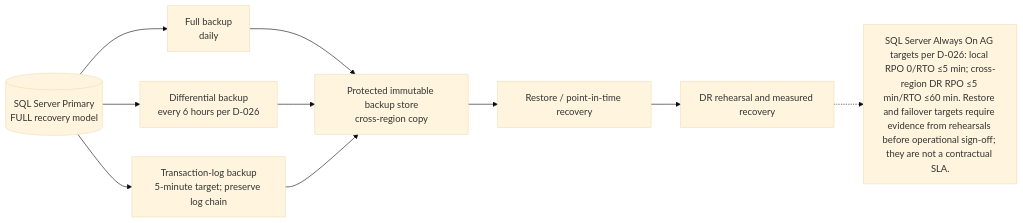
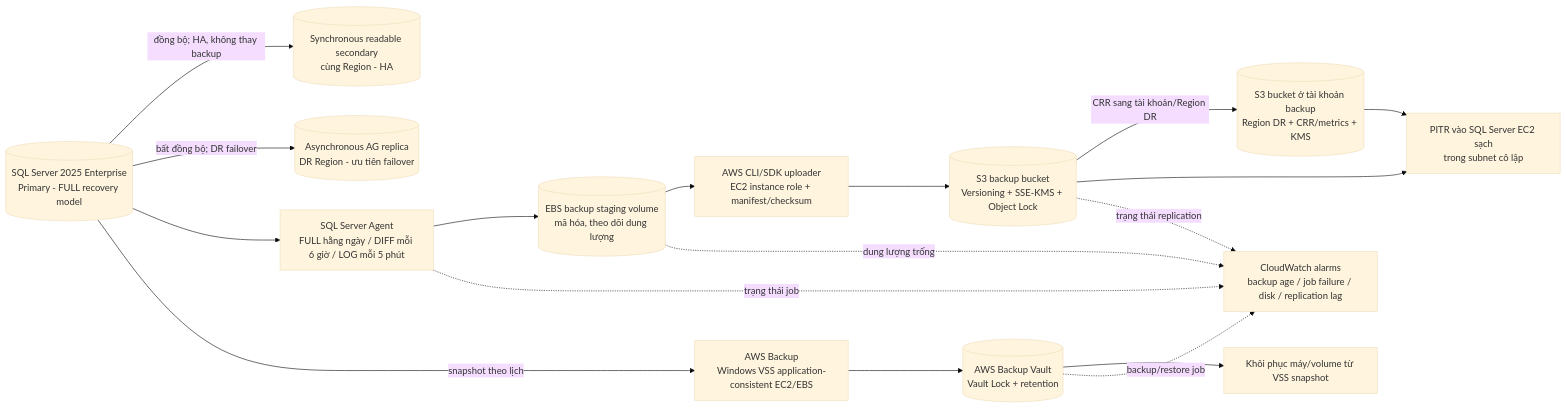
The second of 2 diagrams in business-analysis/05_Non_Functional_Requirements_(NFR)/07_Monitoring_Backup_And_Disaster_Recovery.md (toanteng11/concert-ticketing-docs), drawn with Mermaid (base theme) before and after one commit. The commit also changed other lines of this file and 43 other files, not shown here.

````diff
--- a/business-analysis/05_Non_Functional_Requirements_(NFR)/07_Monitoring_Backup_And_Disaster_Recovery.md
+++ b/business-analysis/05_Non_Functional_Requirements_(NFR)/07_Monitoring_Backup_And_Disaster_Recovery.md
@@ -80,16 +90,27 @@
 ```mermaid
 flowchart LR
-  sql[("SQL Server Primary<br/>FULL recovery model")]
-  full["Full backup<br/>daily"]
-  diff["Differential backup<br/>every 6 hours per D-026"]
-  logs["Transaction-log backup<br/>5-minute target; preserve log chain"]
-  vault["Protected immutable backup store<br/>cross-region copy"]
-  restore["Restore / point-in-time recovery"]
-  drill["DR rehearsal and measured recovery"]
-  sql --> full --> vault
-  sql --> diff --> vault
-  sql --> logs --> vault
-  vault --> restore --> drill
-  note["SQL Server Always On AG targets per D-026: local RPO 0/RTO ≤5 min; cross-region DR RPO ≤5 min/RTO ≤60 min. Restore and failover targets require evidence from rehearsals before operational sign-off; they are not a contractual SLA."]
-  drill -.-> note
+  primary[("SQL Server 2025 Enterprise<br/>Primary - FULL recovery model")]
+  aglocal[("Synchronous readable secondary<br/>cùng Region - HA")]
+  agdr[("Asynchronous AG replica<br/>DR Region - ưu tiên failover")]
+  agent["SQL Server Agent<br/>FULL hằng ngày / DIFF mỗi 6 giờ / LOG mỗi 5 phút"]
+  stage[("EBS backup staging volume<br/>mã hóa, theo dõi dung lượng")]
+  uploader["AWS CLI/SDK uploader<br/>EC2 instance role + manifest/checksum"]
+  s3src[("S3 backup bucket<br/>Versioning + SSE-KMS + Object Lock")]
+  s3dr[("S3 bucket ở tài khoản backup<br/>Region DR + CRR/metrics + KMS")]
+  awsbackup["AWS Backup<br/>Windows VSS application-consistent EC2/EBS"]
+  vault[("AWS Backup Vault<br/>Vault Lock + retention")]
+  pitr["PITR vào SQL Server EC2 sạch<br/>trong subnet cô lập"]
+  host["Khôi phục máy/volume từ VSS snapshot"]
+  alarms["CloudWatch alarms<br/>backup age / job failure / disk / replication lag"]
+
+  primary -->|đồng bộ; HA, không thay backup| aglocal
+  primary -->|bất đồng bộ; DR failover| agdr
+  primary --> agent --> stage --> uploader --> s3src -->|CRR sang tài khoản/Region DR| s3dr
+  s3src --> pitr
+  s3dr --> pitr
+  primary -->|snapshot theo lịch| awsbackup --> vault --> host
+  agent -. trạng thái job .-> alarms
+  stage -. dung lượng trống .-> alarms
+  s3src -. trạng thái replication .-> alarms
+  vault -. backup/restore job .-> alarms
 ```
````
